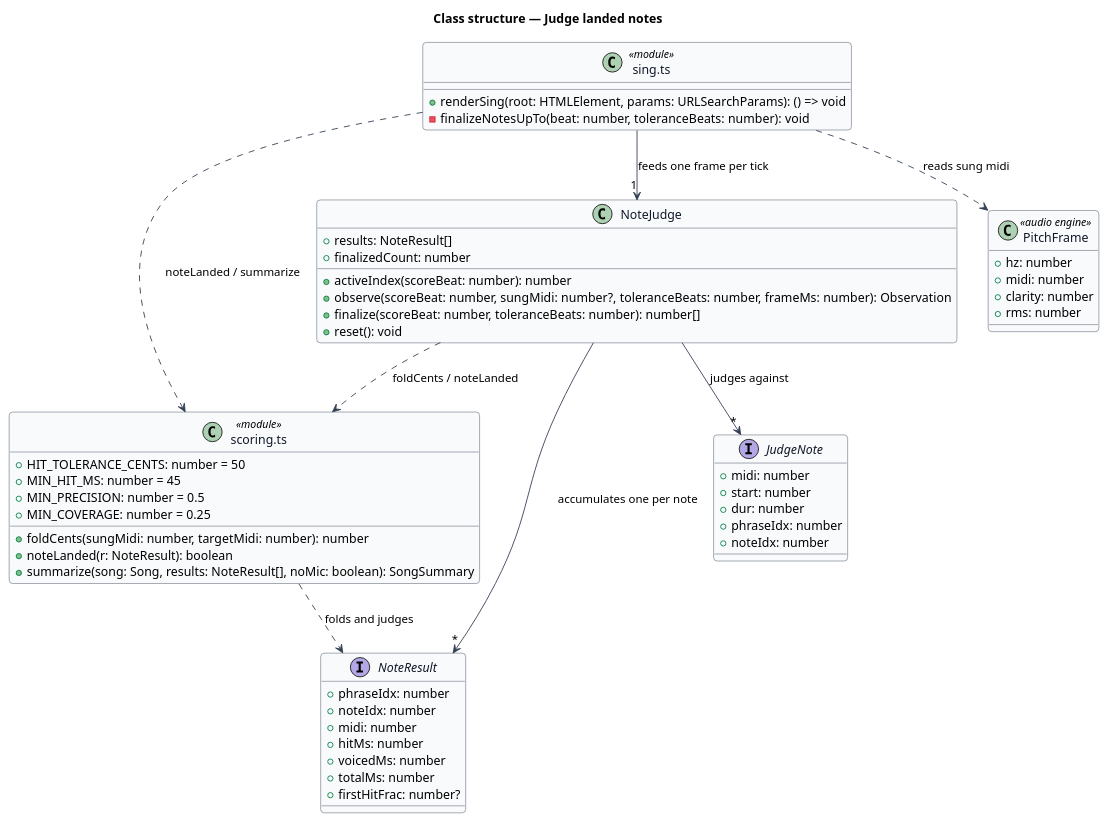
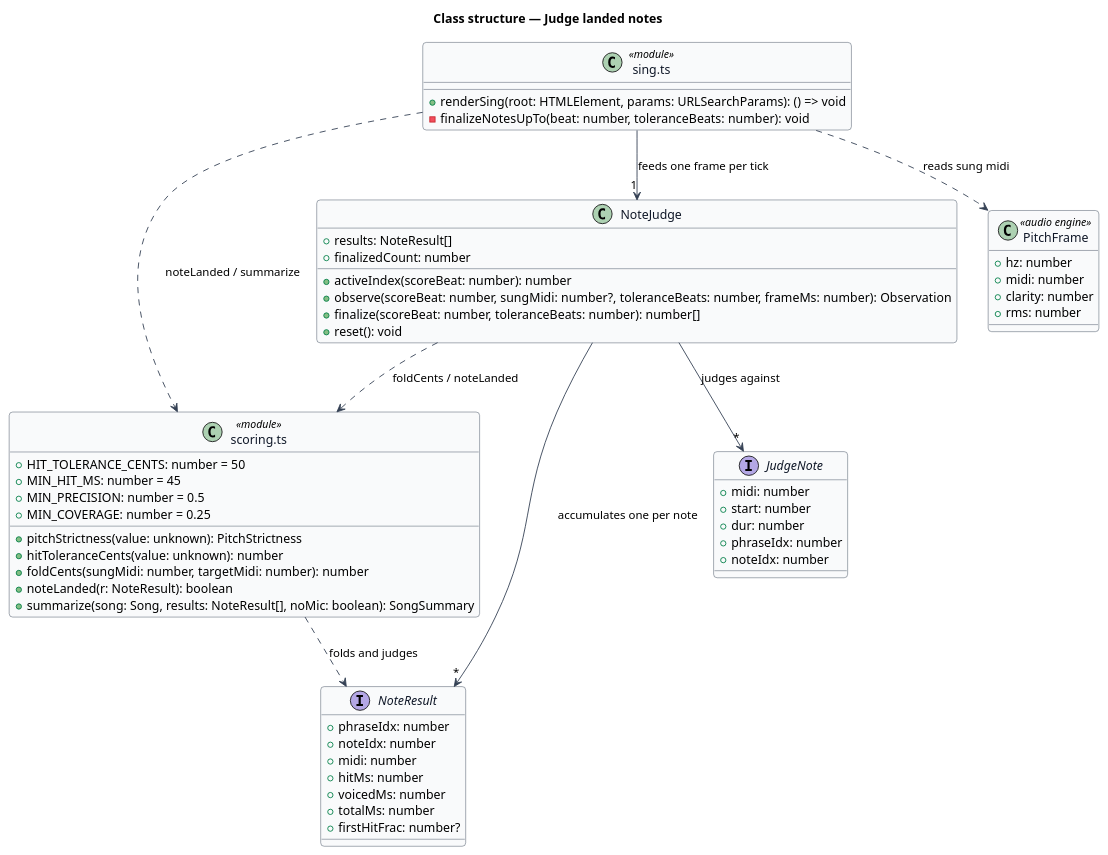
The diagram in docs/detailed-designs/scoring-and-results/judge-landed-notes/diagrams/class-structure.puml (QuinntyneBrown/TwinkleTune), drawn with PlantUML before and after one commit. The commit also changed 83 other files, not shown here.

```diff
--- a/docs/detailed-designs/scoring-and-results/judge-landed-notes/diagrams/class-structure.puml
+++ b/docs/detailed-designs/scoring-and-results/judge-landed-notes/diagrams/class-structure.puml
@@ -1,72 +1,74 @@
 @startuml
 ' --- shared skin header ---
 skinparam backgroundColor #FFFFFF
 skinparam shadowing false
 skinparam roundcorner 8
 skinparam defaultFontName Arial
 skinparam ArrowColor #344054
 skinparam class {
   BorderColor #344054
   FontColor #101828
   BackgroundColor #F9FAFB
 }
 ' --------------------------
 title Class structure — Judge landed notes
 
 interface NoteResult {
   +phraseIdx: number
   +noteIdx: number
   +midi: number
   +hitMs: number
   +voicedMs: number
   +totalMs: number
   +firstHitFrac: number?
 }
 
 class "scoring.ts" as ScoringMod <<module>> {
   +HIT_TOLERANCE_CENTS: number = 50
+  +pitchStrictness(value: unknown): PitchStrictness
+  +hitToleranceCents(value: unknown): number
   +MIN_HIT_MS: number = 45
   +MIN_PRECISION: number = 0.5
   +MIN_COVERAGE: number = 0.25
   +foldCents(sungMidi: number, targetMidi: number): number
   +noteLanded(r: NoteResult): boolean
   +summarize(song: Song, results: NoteResult[], noMic: boolean): SongSummary
 }
 
 class NoteJudge {
   +results: NoteResult[]
   +finalizedCount: number
   +activeIndex(scoreBeat: number): number
   +observe(scoreBeat: number, sungMidi: number?, toleranceBeats: number, frameMs: number): Observation
   +finalize(scoreBeat: number, toleranceBeats: number): number[]
   +reset(): void
 }
 
 class "sing.ts" as SingMod <<module>> {
   +renderSing(root: HTMLElement, params: URLSearchParams): () => void
   -finalizeNotesUpTo(beat: number, toleranceBeats: number): void
 }
 
 interface JudgeNote {
   +midi: number
   +start: number
   +dur: number
   +phraseIdx: number
   +noteIdx: number
 }
 
 class PitchFrame <<audio engine>> {
   +hz: number
   +midi: number
   +clarity: number
   +rms: number
 }
 
 ScoringMod ..> NoteResult : folds and judges
 NoteJudge --> "*" NoteResult : accumulates one per note
 NoteJudge --> "*" JudgeNote : judges against
 NoteJudge ..> ScoringMod : foldCents / noteLanded
 SingMod --> "1" NoteJudge : feeds one frame per tick
 SingMod ..> PitchFrame : reads sung midi
 SingMod ..> ScoringMod : noteLanded / summarize
 @enduml
```
